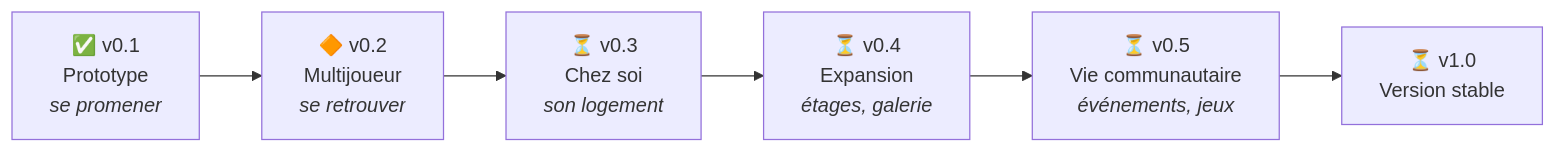
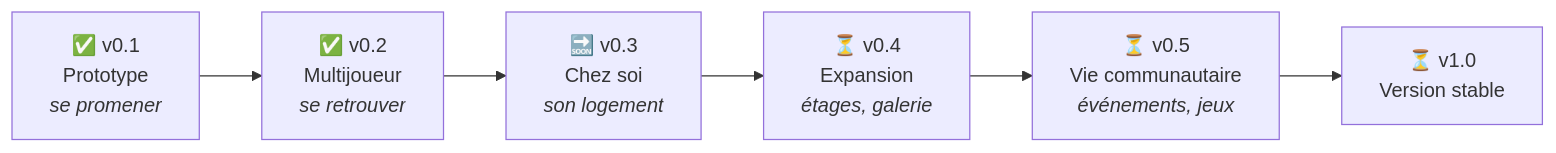
Before and after one commit to Rogue06/MalinosLand: the diagram in docs/ROADMAP.md, drawn with Mermaid. The commit also changed other lines of this file and 18 other files, not shown here.

````diff
--- a/docs/ROADMAP.md
+++ b/docs/ROADMAP.md
@@ -6,8 +6,8 @@
 ```mermaid
 flowchart LR
-    A["✅ v0.1<br/>Prototype<br/><i>se promener</i>"] --> B["🔶 v0.2<br/>Multijoueur<br/><i>se retrouver</i>"]
-    B --> C["⏳ v0.3<br/>Chez soi<br/><i>son logement</i>"]
+    A["✅ v0.1<br/>Prototype<br/><i>se promener</i>"] --> B["✅ v0.2<br/>Multijoueur<br/><i>se retrouver</i>"]
+    B --> C["🔜 v0.3<br/>Chez soi<br/><i>son logement</i>"]
     C --> D["⏳ v0.4<br/>Expansion<br/><i>étages, galerie</i>"]
     D --> E["⏳ v0.5<br/>Vie communautaire<br/><i>événements, jeux</i>"]
     E --> F["⏳ v1.0<br/>Version stable"]
 ```
````
